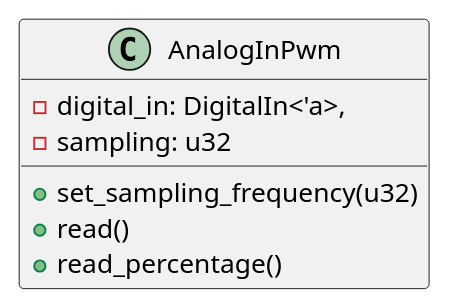
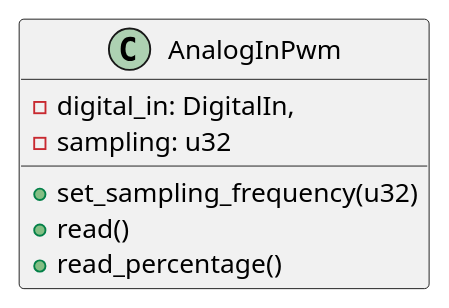
One commit to esp32framework/esp32framework changed the diagram in diagrams/analog_in_pwm.puml. Above: the diagram before and after it, drawn with PlantUML. The commit also changed 3 other files, not shown here.

Commit message:
Diagram update digital out

```diff
--- a/diagrams/analog_in_pwm.puml
+++ b/diagrams/analog_in_pwm.puml
@@ -1,10 +1,10 @@
 @startuml analog_in_pwm
 class AnalogInPwm {
-    -digital_in: DigitalIn<'a>,
+    -digital_in: DigitalIn,
     -sampling: u32
     +set_sampling_frequency(u32)
     +read()
     +read_percentage()
 }
 
 @enduml
```
